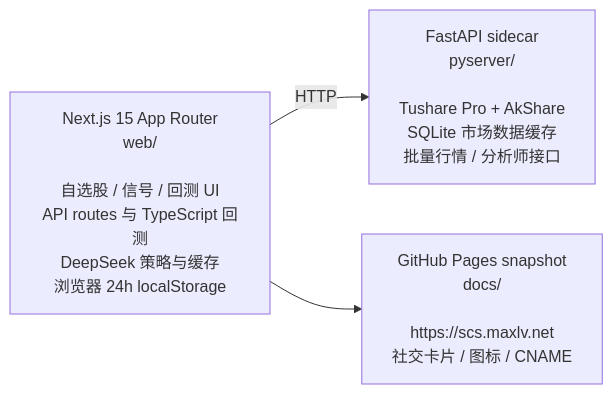
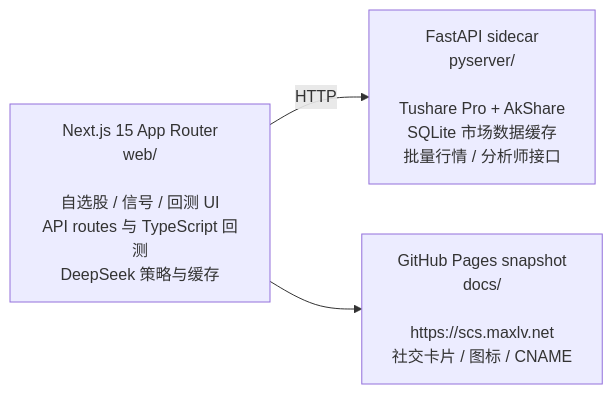
One commit to madeye/silicon-civilization-stock-trade changed the diagram in README.md. Above: the diagram before and after it, drawn with Mermaid. The commit also changed other lines of this file and 8 other files, not shown here.

````diff
--- a/README.md
+++ b/README.md
@@ -26,9 +26,9 @@
 ```mermaid
 flowchart LR
-  web["Next.js 15 App Router<br/>web/<br/><br/>自选股 / 信号 / 回测 UI<br/>API routes 与 TypeScript 回测<br/>DeepSeek 策略与缓存<br/>浏览器 24h localStorage"]
+  web["Next.js 15 App Router<br/>web/<br/><br/>自选股 / 信号 / 回测 UI<br/>API routes 与 TypeScript 回测<br/>DeepSeek 策略与缓存"]
   py["FastAPI sidecar<br/>pyserver/<br/><br/>Tushare Pro + AkShare<br/>SQLite 市场数据缓存<br/>批量行情 / 分析师接口"]
   docs["GitHub Pages snapshot<br/>docs/<br/><br/>https://scs.maxlv.net<br/>社交卡片 / 图标 / CNAME"]
 
   web -- HTTP --> py
   web --> docs
 ```
````
